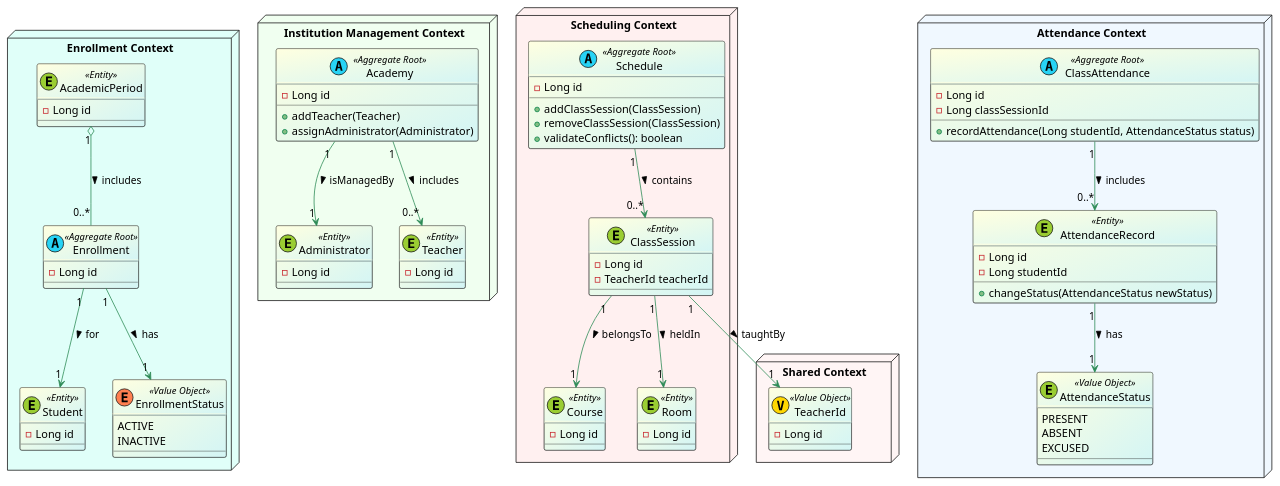
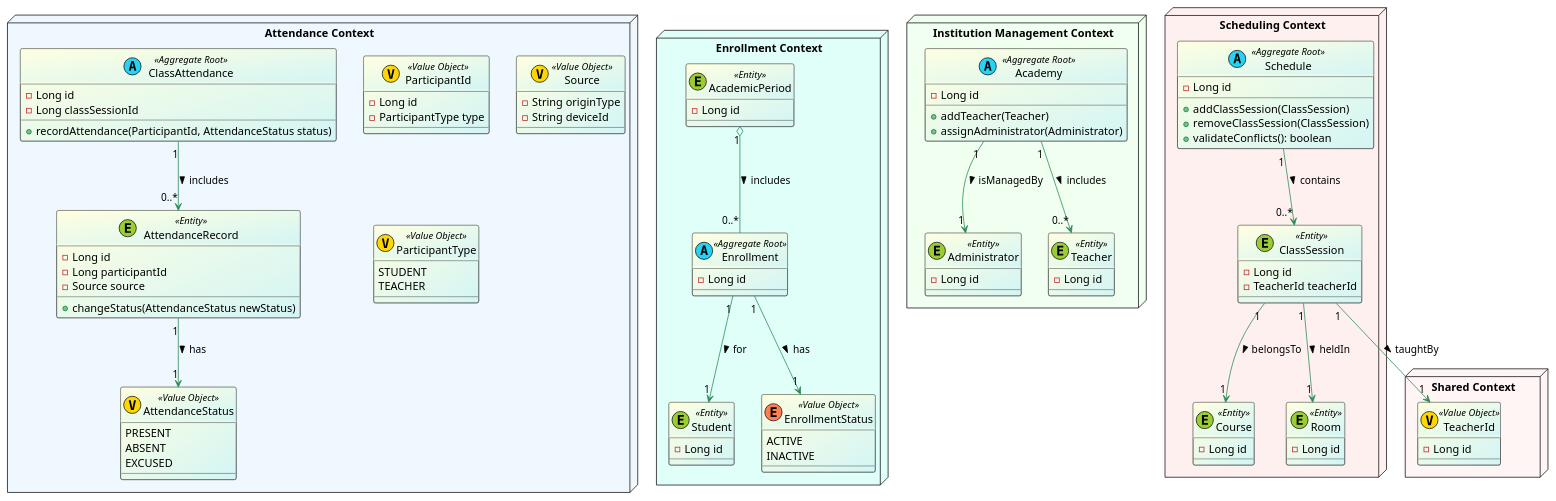
The diagram in docs/domain-diagram.puml (demy-project/api), drawn with PlantUML before and after one commit.

Commit message:
docs: refactor attendance-related classes and introduce ParticipantId and Source value objects in domain diagram

```diff
--- a/docs/domain-diagram.puml
+++ b/docs/domain-diagram.puml
@@ -1,107 +1,123 @@
 @startuml Demy Domain Diagram
 
 skinparam class {
     BackgroundColor LightYellow/D3F5F5
     ArrowColor SeaGreen
 }
 
 package "Enrollment Context" <<Node>> #E0FFF9 {
     class Enrollment <<(A, #27D3F5) Aggregate Root>> {
         - Long id
     }
     class Student <<(E, #9ACD32) Entity>> {
         - Long id
     }
     enum EnrollmentStatus <<(E, #FF7F50) Value Object>> {
         ACTIVE
         INACTIVE
     }
     class AcademicPeriod <<(E, #9ACD32) Entity>> {
         - Long id
     }
     ' Relationships
     Enrollment "1" --> "1" Student : for >
     AcademicPeriod "1" o-- "0..*" Enrollment : includes >
     Enrollment "1" --> "1" EnrollmentStatus : has >
 }
 
 package "Institution Management Context" <<Node>> #F0FFF0 {
     class Academy <<(A, #27D3F5) Aggregate Root>> {
         - Long id
         + addTeacher(Teacher)
         + assignAdministrator(Administrator)
     }
 
     class Administrator <<(E, #9ACD32) Entity>> {
         - Long id
     }
 
     class Teacher <<(E, #9ACD32) Entity>> {
         - Long id
     }
 
     ' Relationships
     Academy "1" --> "1" Administrator : isManagedBy >
     Academy "1" --> "0..*" Teacher : includes >
 }
 
 package "Scheduling Context" <<Node>> #FFF0F0 {
     class Schedule <<(A, #27D3F5) Aggregate Root>> {
         - Long id
         + addClassSession(ClassSession)
         + removeClassSession(ClassSession)
         + validateConflicts(): boolean
     }
 
     class ClassSession <<(E, #9ACD32) Entity>> {
         - Long id
         - TeacherId teacherId
     }
 
     class Course <<(E, #9ACD32) Entity>> {
         - Long id
     }
 
-    class Room <<(E, #9ACD32)Entity>> {
+    class Room <<(E, #9ACD32) Entity>> {
         - Long id
     }
 
     ' Relationships
     Schedule "1" --> "0..*" ClassSession : contains >
     ClassSession "1" --> "1" Course : belongsTo >
     ClassSession "1" --> "1" Room : heldIn >
 }
 
 package "Attendance Context" <<Node>> #F0F8FF {
     class ClassAttendance <<(A, #27D3F5) Aggregate Root>> {
         - Long id
         - Long classSessionId
-        + recordAttendance(Long studentId, AttendanceStatus status)
+        + recordAttendance(ParticipantId, AttendanceStatus status)
     }
 
     class AttendanceRecord <<(E, #9ACD32) Entity>> {
         - Long id
-        - Long studentId
+        - Long participantId
+        - Source source
         + changeStatus(AttendanceStatus newStatus)
     }
 
-    class AttendanceStatus <<(E, #9ACD32) Value Object>> {
+    class ParticipantId <<(V, #FFD700) Value Object>> {
+        - Long id
+        - ParticipantType type
+    }
+
+    class Source <<(V, #FFD700) Value Object>> {
+        - String originType
+        - String deviceId
+    }
+
+    enum ParticipantType <<(V, #FFD700) Value Object>> {
+        STUDENT
+        TEACHER
+    }
+
+    enum AttendanceStatus <<(V, #FFD700) Value Object>> {
         PRESENT
         ABSENT
         EXCUSED
     }
     ' Relationships
     ClassAttendance "1" --> "0..*" AttendanceRecord : includes >
     AttendanceRecord "1" --> "1" AttendanceStatus : has >
 }
 
 package "Shared Context" as sc <<Node>> #FFF5F5 {
     class TeacherId <<(V, #FFD700) Value Object>> {
         - Long id
     }
 }
 
 ' Define relationships between contexts
 ClassSession "1" --> "1" TeacherId : taughtBy >
 
 @enduml
```
